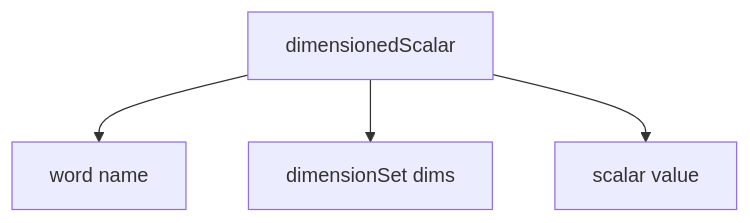
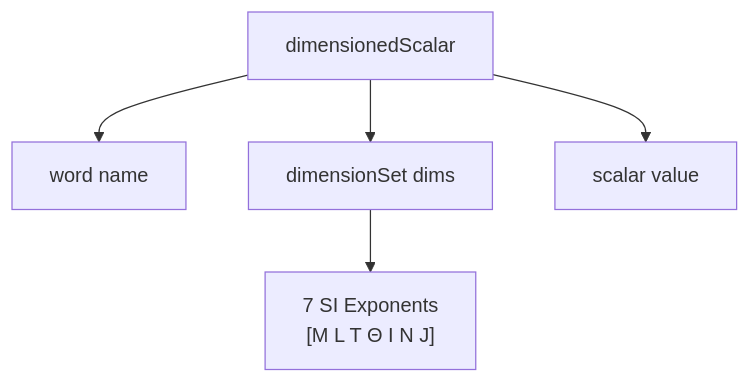
Before and after one commit to wramet/build-my-cfd: the diagram in MODULE_05_OPENFOAM_PROGRAMMING/CONTENT/02_DIMENSIONED_TYPES/00_Overview.md, drawn with Mermaid. The commit also changed other lines of this file and 272 other files, not shown here.

````diff
--- a/MODULE_05_OPENFOAM_PROGRAMMING/CONTENT/02_DIMENSIONED_TYPES/00_Overview.md
+++ b/MODULE_05_OPENFOAM_PROGRAMMING/CONTENT/02_DIMENSIONED_TYPES/00_Overview.md
@@ -11,6 +20,7 @@
 ```mermaid
 flowchart TD
     A[dimensionedScalar] --> B[word name]
     A --> C[dimensionSet dims]
     A --> D[scalar value]
+    C --> E["7 SI Exponents<br/>[M L T Θ I N J]"]
 ```
````
